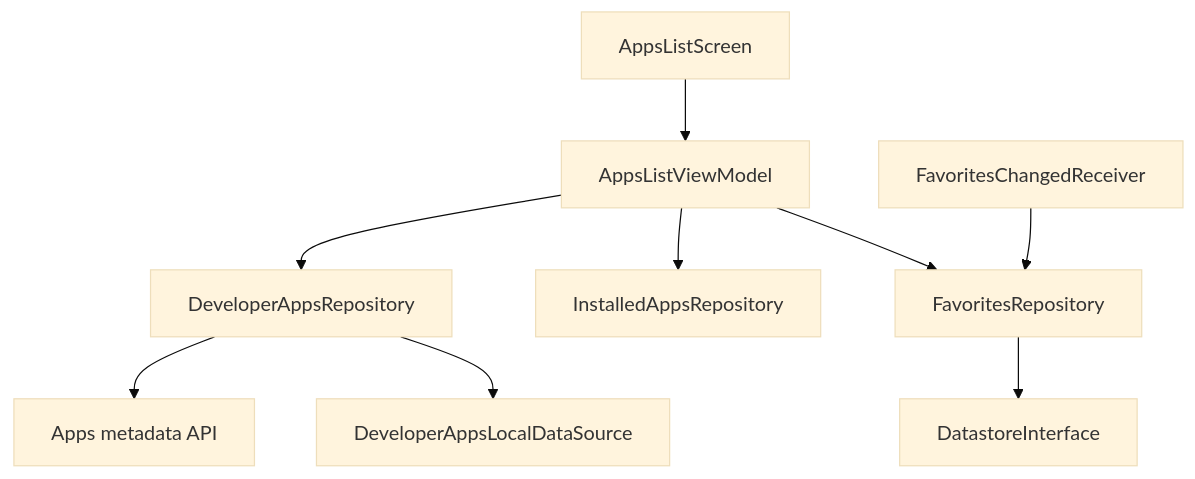
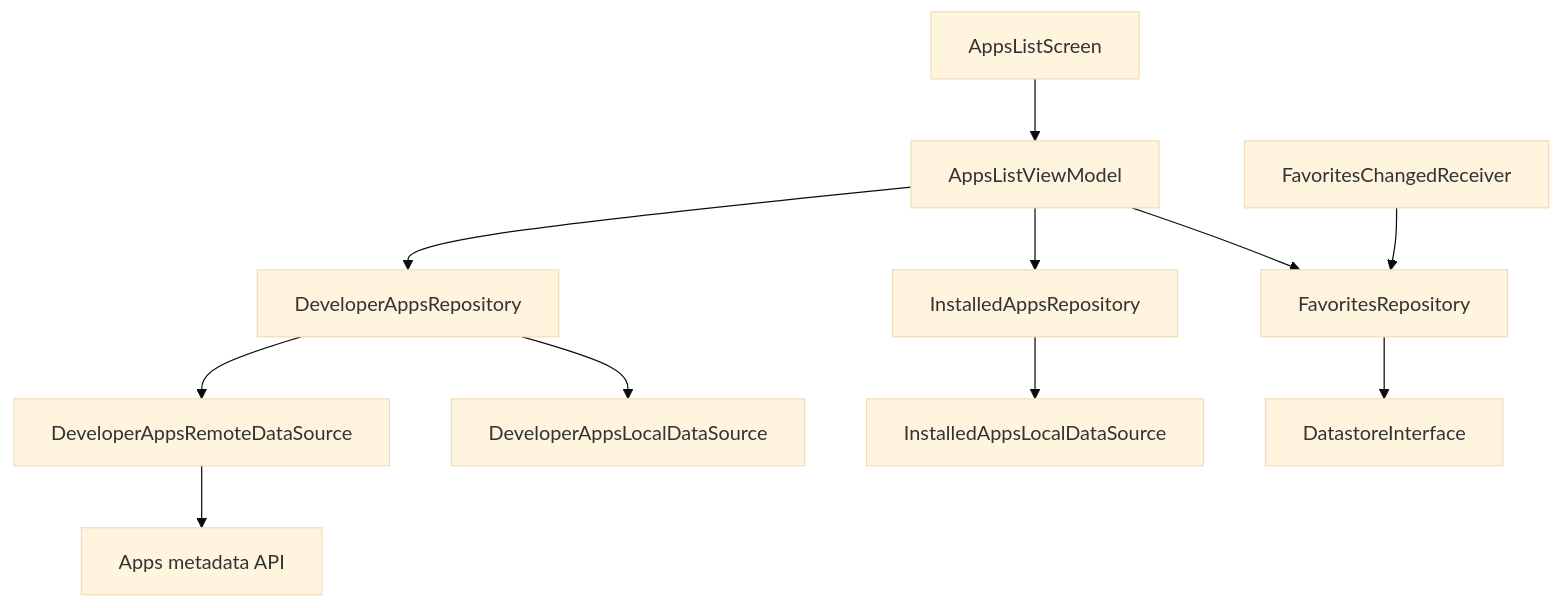
The diagram in sample/feature/apps/README.md (MihaiCristianCondrea/App-Toolkit-for-Android), drawn with Mermaid (base theme) before and after one commit. The commit also changed other lines of this file and 66 other files, not shown here.

Commit message:
updated the app toolkit quick tools architecture to follow googe's best practices and made the quick tools tab expansions list to be persistent

````diff
--- a/sample/feature/apps/README.md
+++ b/sample/feature/apps/README.md
@@ -37,11 +39,13 @@
 ```mermaid
 flowchart TD
     Screen[AppsListScreen] --> VM[AppsListViewModel]
     VM --> Developer[DeveloperAppsRepository]
     VM --> Installed[InstalledAppsRepository]
     VM --> Favorites[FavoritesRepository]
-    Developer --> Api[Apps metadata API]
+    Developer --> Remote[DeveloperAppsRemoteDataSource]
+    Remote --> Api[Apps metadata API]
     Developer --> CatalogueCache[DeveloperAppsLocalDataSource]
+    Installed --> Packages[InstalledAppsLocalDataSource]
     Favorites --> Store[DatastoreInterface]
     Receiver[FavoritesChangedReceiver] --> Favorites
 ```
````
